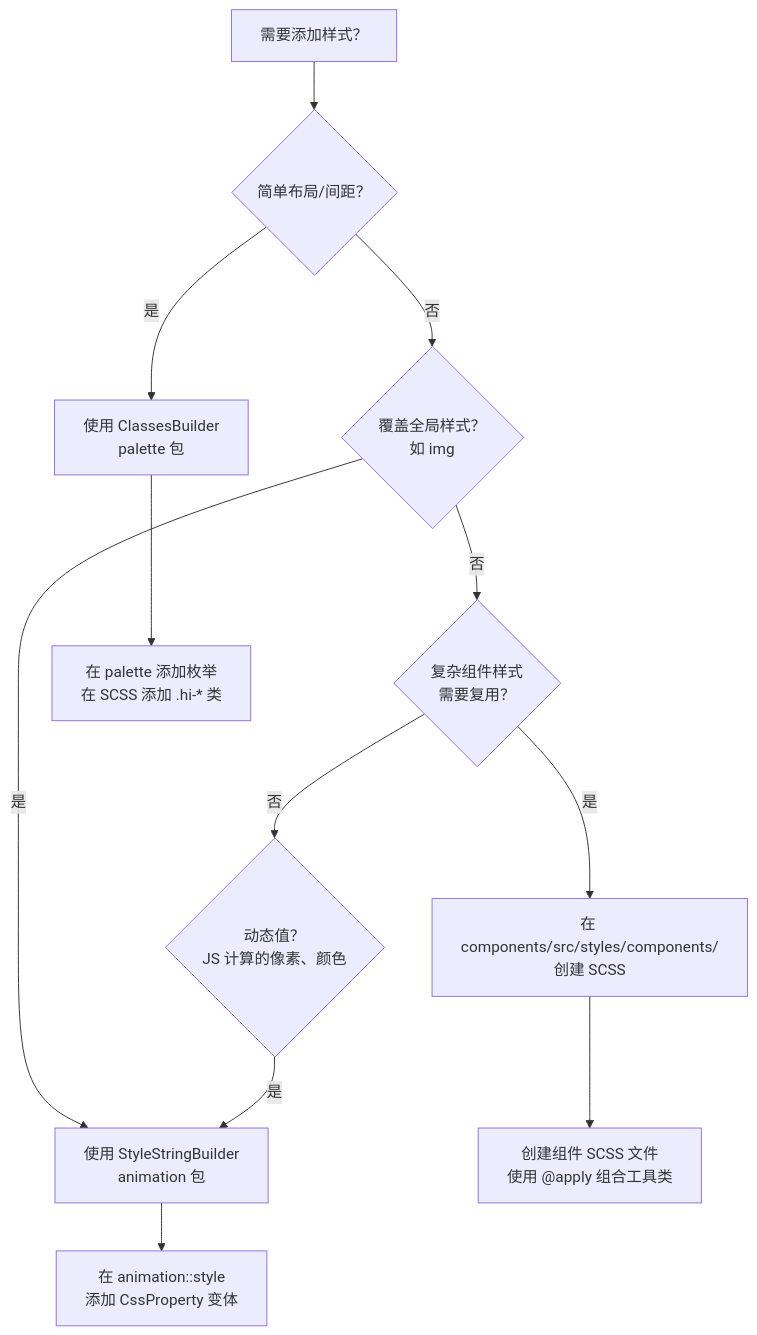
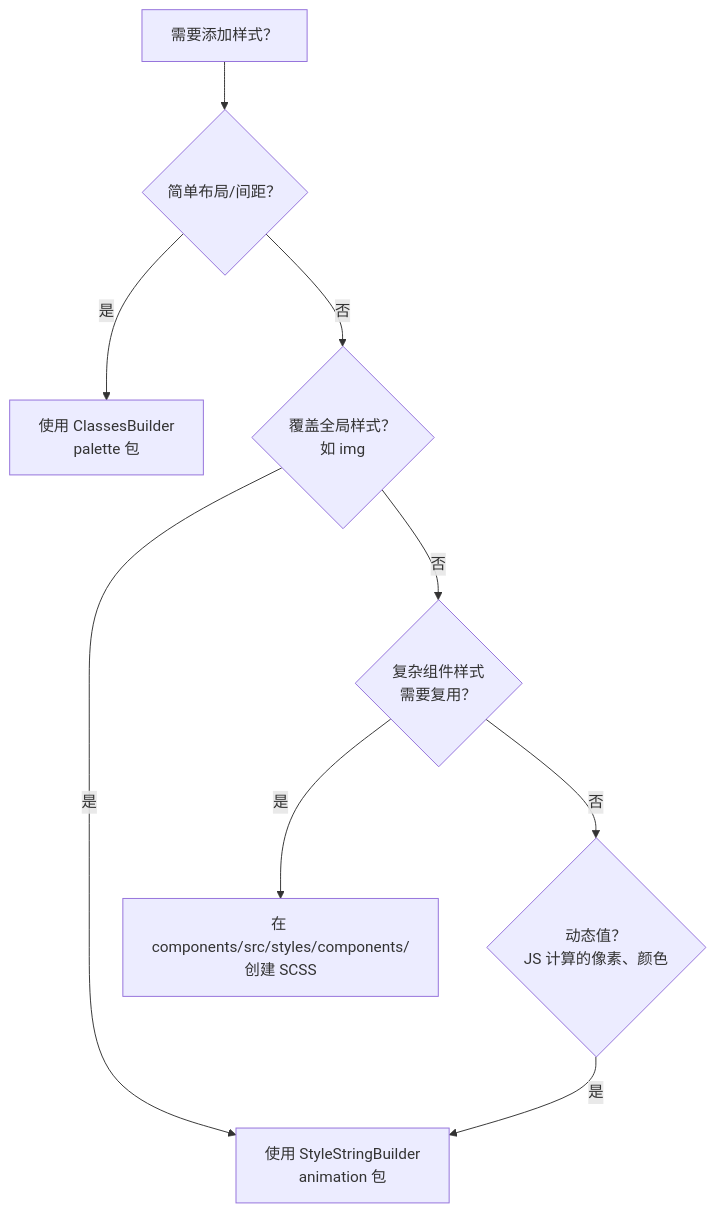
One commit to celestia-island/hikari changed the third of 3 diagrams in CLAUDE.md. Above: the diagram before and after it, drawn with Mermaid. The commit also changed other lines of this file and 15 other files, not shown here.

````diff
--- a/CLAUDE.md
+++ b/CLAUDE.md
@@ -467,15 +632,11 @@
 ```mermaid
 flowchart TD
     START[需要添加样式？] --> Q1{简单布局/间距？}
     Q1 -->|是| CB[使用 ClassesBuilder<br/>palette 包]
     Q1 -->|否| Q2{覆盖全局样式？<br/>如 img}
     Q2 -->|是| SSB[使用 StyleStringBuilder<br/>animation 包]
     Q2 -->|否| Q3{复杂组件样式<br/>需要复用？}
     Q3 -->|是| SCSS[在 components/src/styles/components/<br/>创建 SCSS]
     Q3 -->|否| Q4{动态值？<br/>JS 计算的像素、颜色}
     Q4 -->|是| SSB
-
-    CB --> CB_ACTION[在 palette 添加枚举<br/>在 SCSS 添加 .hi-* 类]
-    SSB --> SSB_ACTION[在 animation::style<br/>添加 CssProperty 变体]
-    SCSS --> SCSS_ACTION[创建组件 SCSS 文件<br/>使用 @apply 组合工具类]
 ```
````
